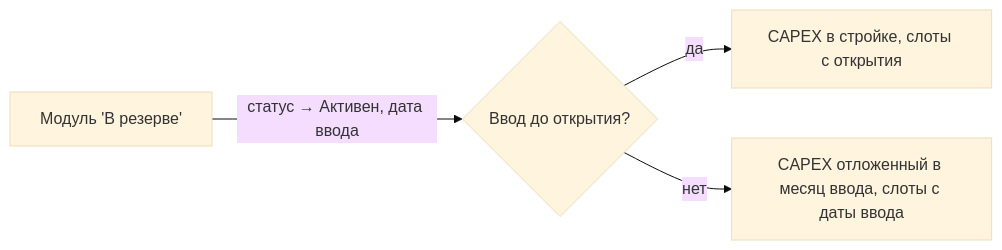
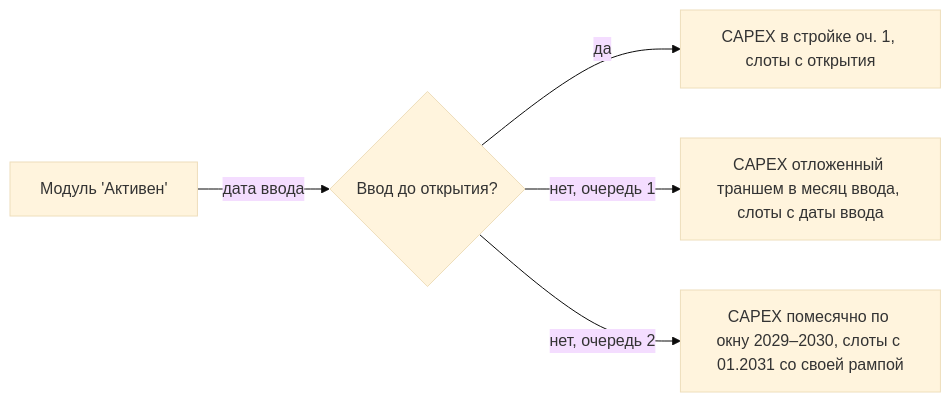
One commit to ampulex-23/aura-hills-finmodel changed the third of 6 diagrams in src/docs/model-guide.md. Above: the diagram before and after it, drawn with Mermaid (base theme). The commit also changed other lines of this file and 11 other files, not shown here.

````diff
--- a/src/docs/model-guide.md
+++ b/src/docs/model-guide.md
@@ -172,6 +242,7 @@
 ```mermaid
 flowchart LR
-    R["Модуль 'В резерве'"] -->|"статус → Активен, дата ввода"| D{"Ввод до открытия?"}
-    D -->|"да"| E["CAPEX в стройке, слоты с открытия"]
-    D -->|"нет"| F["CAPEX отложенный в месяц ввода, слоты с даты ввода"]
+    R["Модуль 'Активен'"] -->|"дата ввода"| D{"Ввод до открытия?"}
+    D -->|"да"| E["CAPEX в стройке оч. 1, слоты с открытия"]
+    D -->|"нет, очередь 1"| F["CAPEX отложенный траншем в месяц ввода, слоты с даты ввода"]
+    D -->|"нет, очередь 2"| G["CAPEX помесячно по окну 2029–2030, слоты с 01.2031 со своей рампой"]
 ```
````
